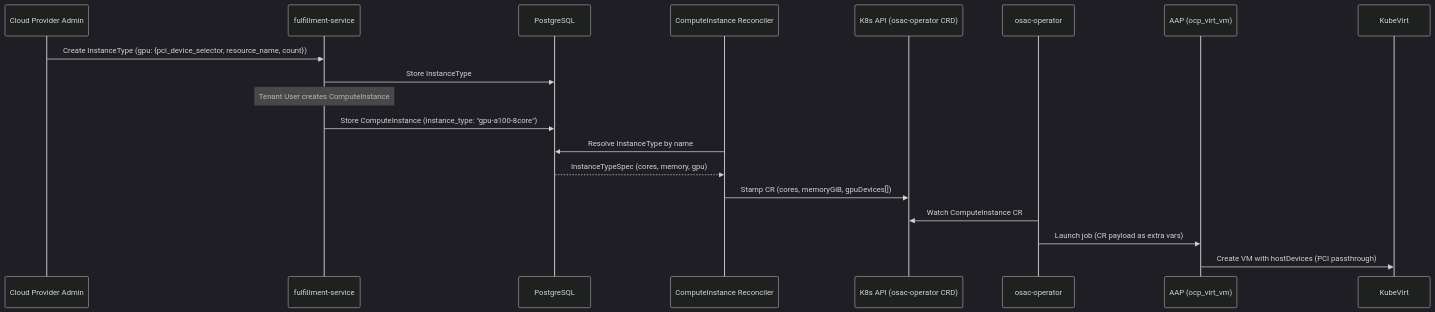
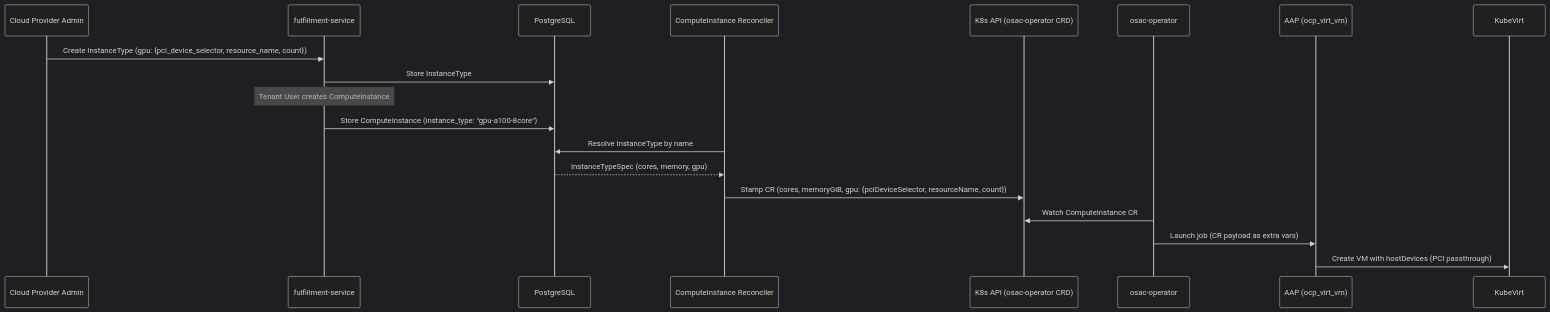
Before and after one commit to osac-project/enhancement-proposals: the diagram in enhancements/OSAC-2917-gpu-instance-types/design.md, drawn with Mermaid (dark theme). The commit also changed other lines of this file, not shown here.

First line of the commit message:
OSAC-2917: use nested GpuSpec struct on ComputeInstance CRD

````diff
--- a/enhancements/OSAC-2917-gpu-instance-types/design.md
+++ b/enhancements/OSAC-2917-gpu-instance-types/design.md
@@ -134,25 +136,25 @@
 ```mermaid
 sequenceDiagram
     participant CPA as Cloud Provider Admin
     participant API as fulfillment-service
     participant DB as PostgreSQL
     participant Reconciler as ComputeInstance Reconciler
     participant K8s as K8s API (osac-operator CRD)
     participant Operator as osac-operator
     participant AAP as AAP (ocp_virt_vm)
     participant KV as KubeVirt
 
     CPA->>API: Create InstanceType (gpu: {pci_device_selector, resource_name, count})
     API->>DB: Store InstanceType
 
     Note over API: Tenant User creates ComputeInstance
     API->>DB: Store ComputeInstance (instance_type: "gpu-a100-8core")
 
     Reconciler->>DB: Resolve InstanceType by name
     DB-->>Reconciler: InstanceTypeSpec (cores, memory, gpu)
-    Reconciler->>K8s: Stamp CR (cores, memoryGiB, gpuDevices[])
+    Reconciler->>K8s: Stamp CR (cores, memoryGiB, gpu: {pciDeviceSelector, resourceName, count})
 
     Operator->>K8s: Watch ComputeInstance CR
     Operator->>AAP: Launch job (CR payload as extra vars)
     AAP->>KV: Create VM with hostDevices (PCI passthrough)
 ```
````
